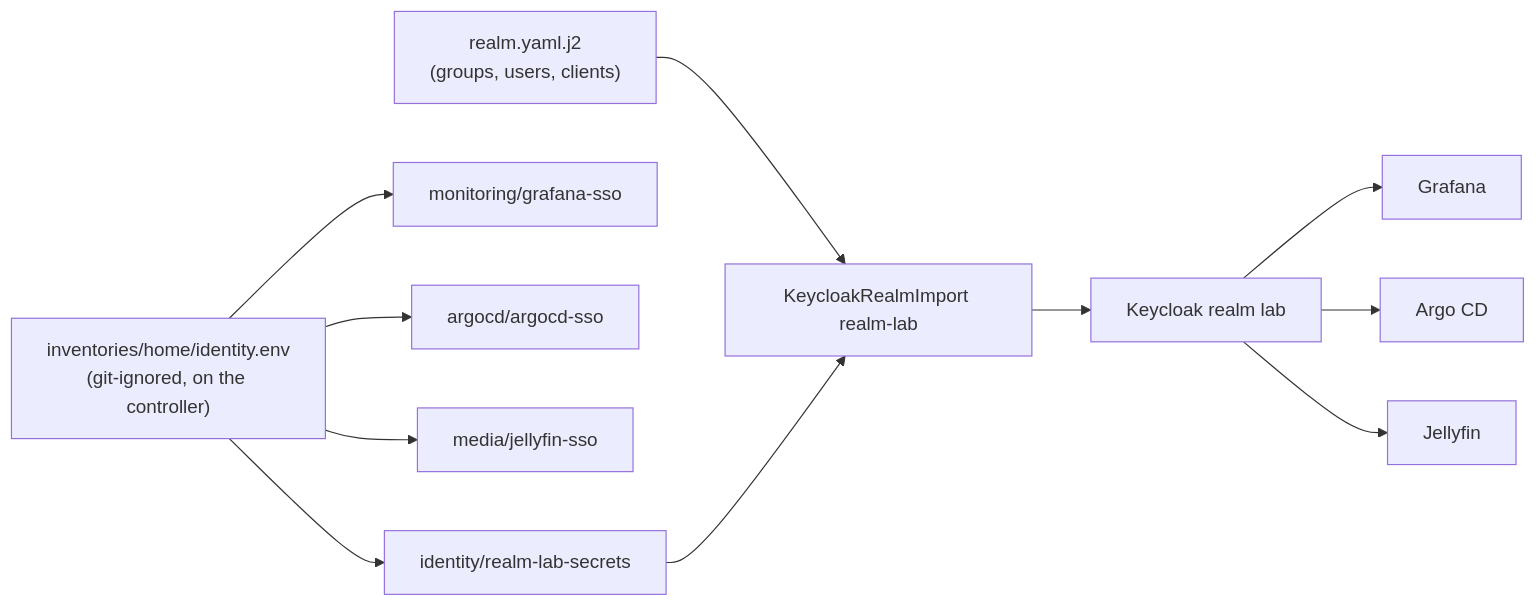
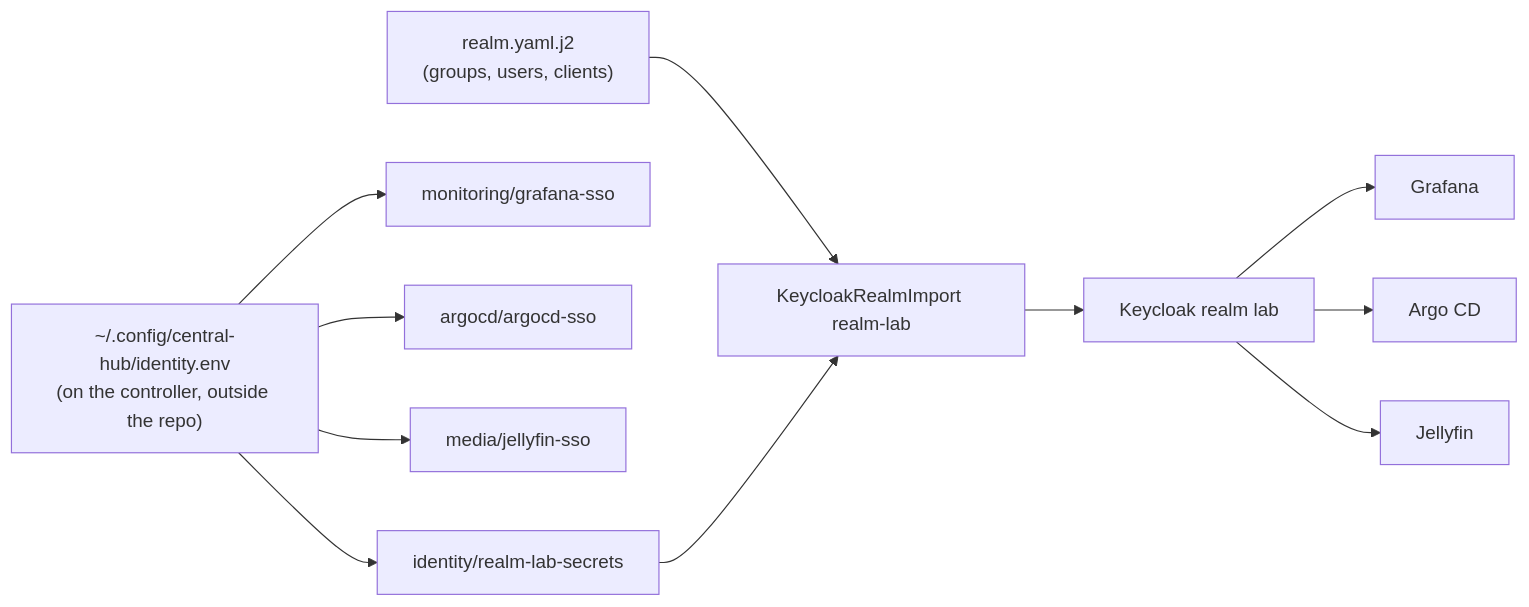
Before and after one commit to jonhill90/central-hub: the diagram in docs/runbooks/set-up-lab-sign-in.md, drawn with Mermaid. The commit also changed other lines of this file and 7 other files, not shown here.

First line of the commit message:
fix: keep the identity values file in ~/.config/central-hub, as on the lab

````diff
--- a/docs/runbooks/set-up-lab-sign-in.md
+++ b/docs/runbooks/set-up-lab-sign-in.md
@@ -19,11 +19,11 @@
 ```mermaid
 flowchart LR
-  env["inventories/home/identity.env<br/>(git-ignored, on the controller)"] --> s1["identity/realm-lab-secrets"]
+  env["~/.config/central-hub/identity.env<br/>(on the controller, outside the repo)"] --> s1["identity/realm-lab-secrets"]
   env --> g["monitoring/grafana-sso"]
   env --> a["argocd/argocd-sso"]
   env --> j["media/jellyfin-sso"]
   code["realm.yaml.j2<br/>(groups, users, clients)"] --> imp["KeycloakRealmImport realm-lab"]
   s1 --> imp
   imp --> kc["Keycloak realm lab"]
   kc --> Grafana & ArgoCD["Argo CD"] & Jellyfin
 ```
````
